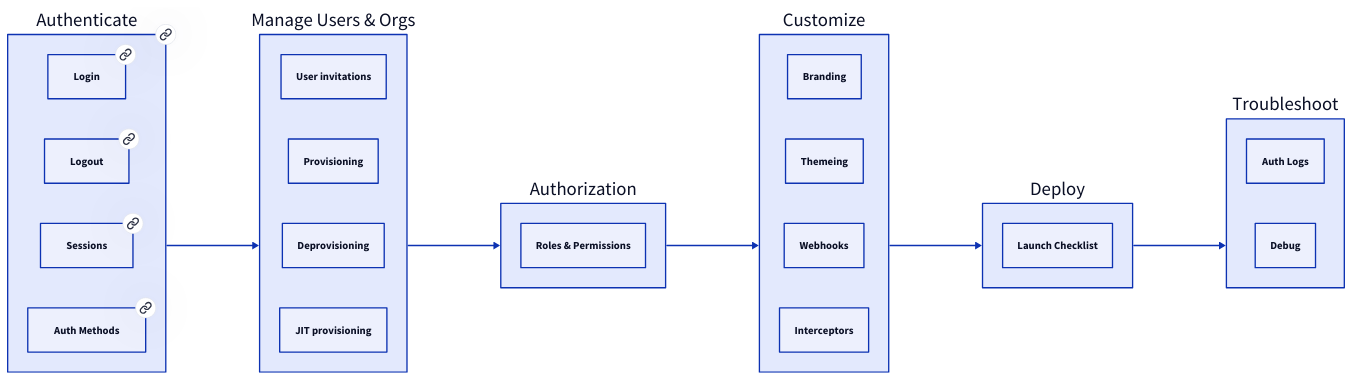
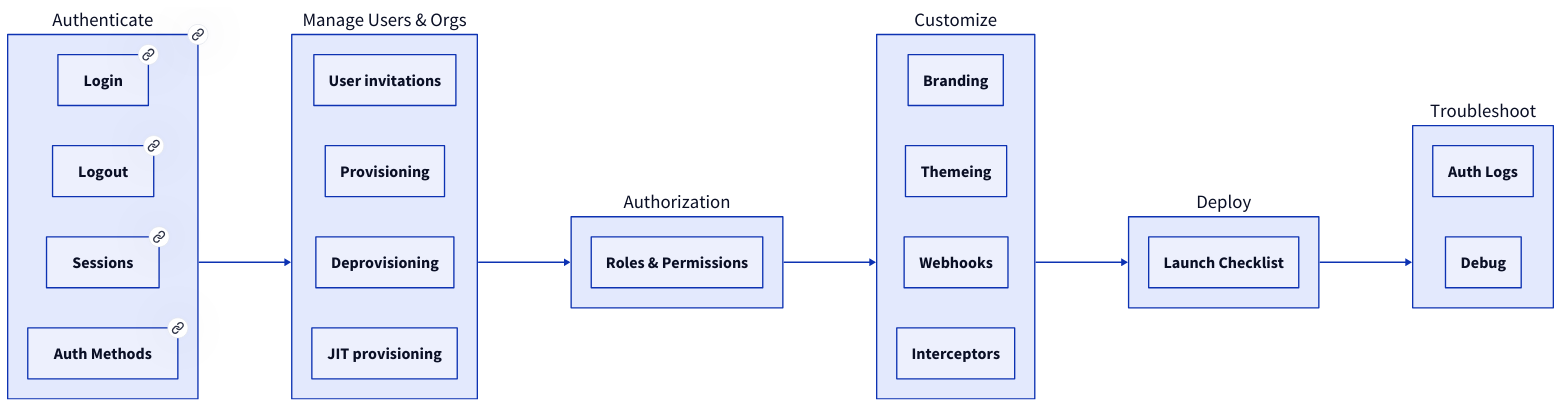
The diagram in src/content/docs/index.mdx (scalekit-inc/developer-docs), drawn with D2 before and after one commit. The commit also changed other lines of this file and 1 other file, not shown here.

Commit message:
chore: update SVG diagram for authentication flow and enhance index documentation with font size adjustments for improved readability of interactive elements

````diff
--- a/src/content/docs/index.mdx
+++ b/src/content/docs/index.mdx
@@ -29,55 +29,83 @@
 ```d2
 direction: right;
 
 a: "Manage Users & Orgs"
 
 Authenticate.Login {
   link: "/#for-agent-developers"
+  style.font-size: 24
 }
 
 Authenticate.Logout {
   link: "/fsa/guides/logout/"
+  style.font-size: 24
 }
 
 Authenticate.Sessions:{
   link: "/fsa/guides/manage-session/"
+  style.font-size: 24
 }
 
 Authenticate.Auth Methods: {
   link: "/#for-app-developers"
+  style.font-size: 24
 }
 
 Authenticate {
   link: "/fsa/quickstart/"
 }
 
 
 
 Authenticate -> a
 
-a."User invitations"
-a."Provisioning"
-a."Deprovisioning"
-a."JIT provisioning"
+a."User invitations" {
+  style.font-size: 24
+}
+a."Provisioning" {
+  style.font-size: 24
+}
+a."Deprovisioning" {
+  style.font-size: 24
+}
+a."JIT provisioning" {
+  style.font-size: 24
+}
 
 a -> Authorization
 
-Authorization."Roles & Permissions"
+Authorization."Roles & Permissions" {
+  style.font-size: 24
+}
 
-Customize.Branding
-Customize.Themeing
-Customize.Webhooks
-Customize.Interceptors
+Customize.Branding {
+  style.font-size: 24
+}
+Customize.Themeing {
+  style.font-size: 24
+}
+Customize.Webhooks {
+  style.font-size: 24
+}
+Customize.Interceptors {
+  style.font-size: 24
+}
 
 Authorization -> Customize
 
-Deploy."Launch Checklist"
+Deploy."Launch Checklist" {
+  style.font-size: 24
+}
 
 Customize -> Deploy
 
-Troubleshoot."Auth Logs"
-Troubleshoot."Debug"
+Troubleshoot."Auth Logs" {
+  style.font-size: 24
+}
+Troubleshoot."Debug" {
+  style.font-size: 24
+}
 
 Deploy -> Troubleshoot
 
 ```
````
